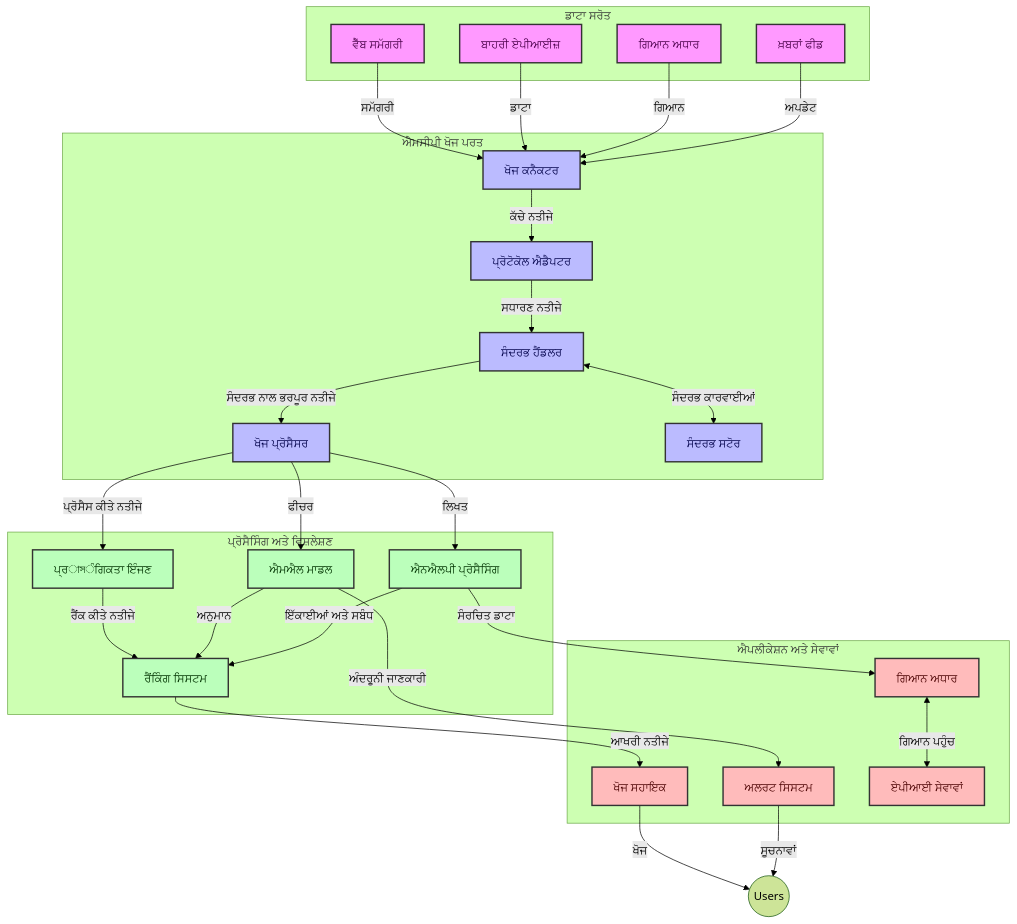
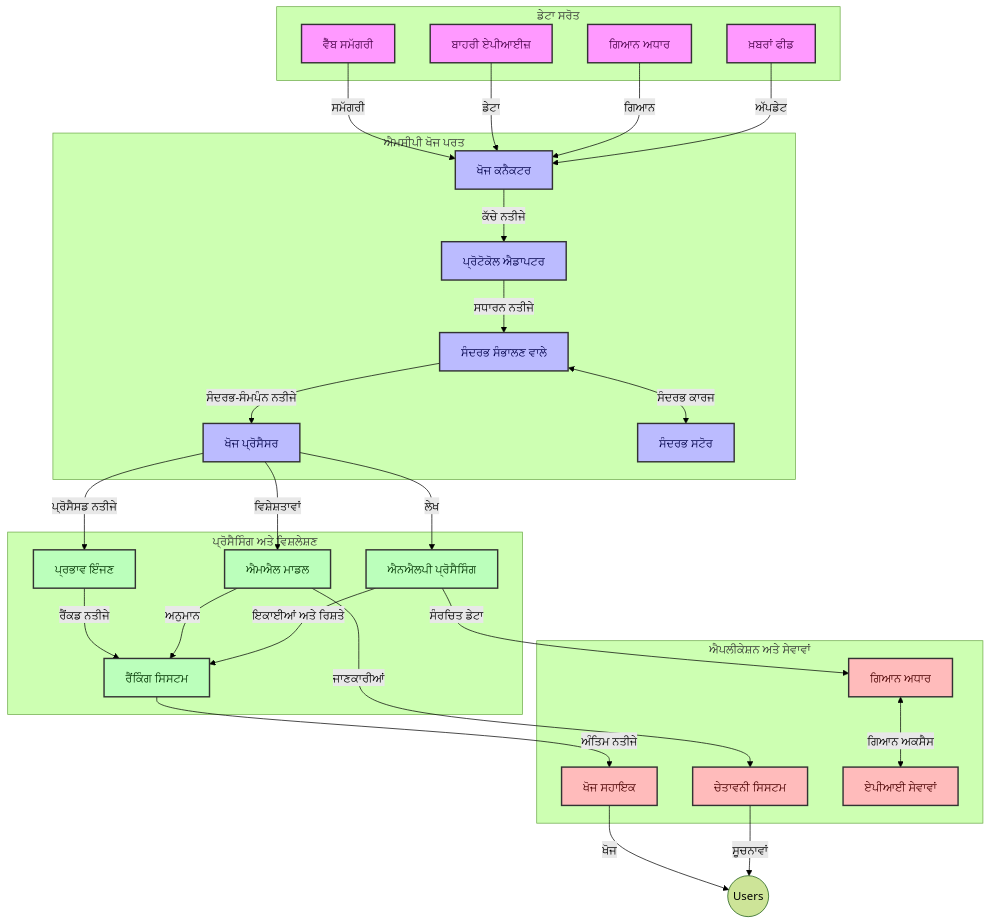
One commit to microsoft/mcp-for-beginners changed the first of 4 diagrams in translations/pa/05-AdvancedTopics/mcp-realtimesearch/README.md. Above: the diagram before and after it, drawn with Mermaid (forest theme). The commit also changed other lines of this file and 129 other files, not shown here.

````diff
--- a/translations/pa/05-AdvancedTopics/mcp-realtimesearch/README.md
+++ b/translations/pa/05-AdvancedTopics/mcp-realtimesearch/README.md
@@ -109,66 +109,66 @@
 ```mermaid
 graph TD
-    subgraph "ਡਾਟਾ ਸਰੋਤ"
+    subgraph "ਡੇਟਾ ਸਰੋਤ"
         Web[ਵੈੱਬ ਸਮੱਗਰੀ]
         APIs[ਬਾਹਰੀ ਏਪੀਆਈਜ਼]
         DB[ਗਿਆਨ ਅਧਾਰ]
         News[ਖ਼ਬਰਾਂ ਫੀਡ]
     end
 
     subgraph "ਐਮਸੀਪੀ ਖੋਜ ਪਰਤ"
         SC[ਖੋਜ ਕਨੈਕਟਰ]
-        PA[ਪ੍ਰੋਟੋਕੋਲ ਐਡੈਪਟਰ]
-        CH[ਸੰਦਰਭ ਹੈਂਡਲਰ]
+        PA[ਪ੍ਰੋਟੋਕੋਲ ਐਡਾਪਟਰ]
+        CH[ਸੰਦਰਭ ਸੰਭਾਲਣ ਵਾਲੇ]
         SP[ਖੋਜ ਪ੍ਰੋਸੈਸਰ]
         CS[ਸੰਦਰਭ ਸਟੋਰ]
     end
 
     subgraph "ਪ੍ਰੋਸੈਸਿੰਗ ਅਤੇ ਵਿਸ਼ਲੇਸ਼ਣ"
-        RE[ਪ੍ਰাসੰਗਿਕਤਾ ਇੰਜਣ]
+        RE[ਪ੍ਰਭਾਵ ਇੰਜਣ]
         ML[ਐਮਐਲ ਮਾਡਲ]
         NLP[ਐਨਐਲਪੀ ਪ੍ਰੋਸੈਸਿੰਗ]
         Rank[ਰੈਂਕਿੰਗ ਸਿਸਟਮ]
     end
 
     subgraph "ਐਪਲੀਕੇਸ਼ਨ ਅਤੇ ਸੇਵਾਵਾਂ"
         RA[ਖੋਜ ਸਹਾਇਕ]
-        Alerts[ਅਲਰਟ ਸਿਸਟਮ]
+        Alerts[ਚੇਤਾਵਨੀ ਸਿਸਟਮ]
         KB[ਗਿਆਨ ਅਧਾਰ]
         API[ਏਪੀਆਈ ਸੇਵਾਵਾਂ]
     end
 
     Web -->|ਸਮੱਗਰੀ| SC
-    APIs -->|ਡਾਟਾ| SC
+    APIs -->|ਡੇਟਾ| SC
     DB -->|ਗਿਆਨ| SC
-    News -->|ਅਪਡੇਟ| SC
+    News -->|ਅੱਪਡੇਟ| SC
     
     SC -->|ਕੱਚੇ ਨਤੀਜੇ| PA
-    PA -->|ਸਧਾਰਣ ਨਤੀਜੇ| CH
-    CH <-->|ਸੰਦਰਭ ਕਾਰਵਾਈਆਂ| CS
-    CH -->|ਸੰਦਰਭ ਨਾਲ ਭਰਪੂਰ ਨਤੀਜੇ| SP
-    SP -->|ਪ੍ਰੋਸੈਸ ਕੀਤੇ ਨਤੀਜੇ| RE
-    SP -->|ਫੀਚਰ| ML
-    SP -->|ਲਿਖਤ| NLP
+    PA -->|ਸਧਾਰਨ ਨਤੀਜੇ| CH
+    CH <-->|ਸੰਦਰਭ ਕਾਰਜ| CS
+    CH -->|ਸੰਦਰਭ-ਸੰਮਪੰਨ ਨਤੀਜੇ| SP
+    SP -->|ਪ੍ਰੋਸੈਸਡ ਨਤੀਜੇ| RE
+    SP -->|ਵਿਸ਼ੇਸ਼ਤਾਵਾਂ| ML
+    SP -->|ਲੇਖ| NLP
     
-    RE -->|ਰੈਂਕ ਕੀਤੇ ਨਤੀਜੇ| Rank
+    RE -->|ਰੈਂਕਡ ਨਤੀਜੇ| Rank
     ML -->|ਅਨੁਮਾਨ| Rank
-    NLP -->|ਇੱਕਾਈਆਂ ਅਤੇ ਸਬੰਧ| Rank
+    NLP -->|ਇਕਾਈਆਂ ਅਤੇ ਰਿਸ਼ਤੇ| Rank
     
-    Rank -->|ਆਖਰੀ ਨਤੀਜੇ| RA
-    ML -->|ਅੰਦਰੂਨੀ ਜਾਣਕਾਰੀ| Alerts
-    NLP -->|ਸੰਰਚਿਤ ਡਾਟਾ| KB
+    Rank -->|ਅੰਤਿਮ ਨਤੀਜੇ| RA
+    ML -->|ਜਾਣਕਾਰੀਆਂ| Alerts
+    NLP -->|ਸੰਰਚਿਤ ਡੇਟਾ| KB
     
     RA -->|ਖੋਜ| Users((Users))
     Alerts -->|ਸੂਚਨਾਵਾਂ| Users
-    KB <-->|ਗਿਆਨ ਪਹੁੰਚ| API
+    KB <-->|ਗਿਆਨ ਅਕਸੈਸ| API
 
     classDef sources fill:#f9f,stroke:#333,stroke-width:2px,color:#4a004a
     classDef mcp fill:#bbf,stroke:#333,stroke-width:2px,color:#00004a
     classDef processing fill:#bfb,stroke:#333,stroke-width:2px,color:#003300
     classDef apps fill:#fbb,stroke:#333,stroke-width:2px,color:#4a0000
     
     class Web,APIs,DB,News sources
     class SC,PA,CH,SP,CS mcp
     class RE,ML,NLP,Rank processing
     class RA,Alerts,KB,API apps
 ```
````
